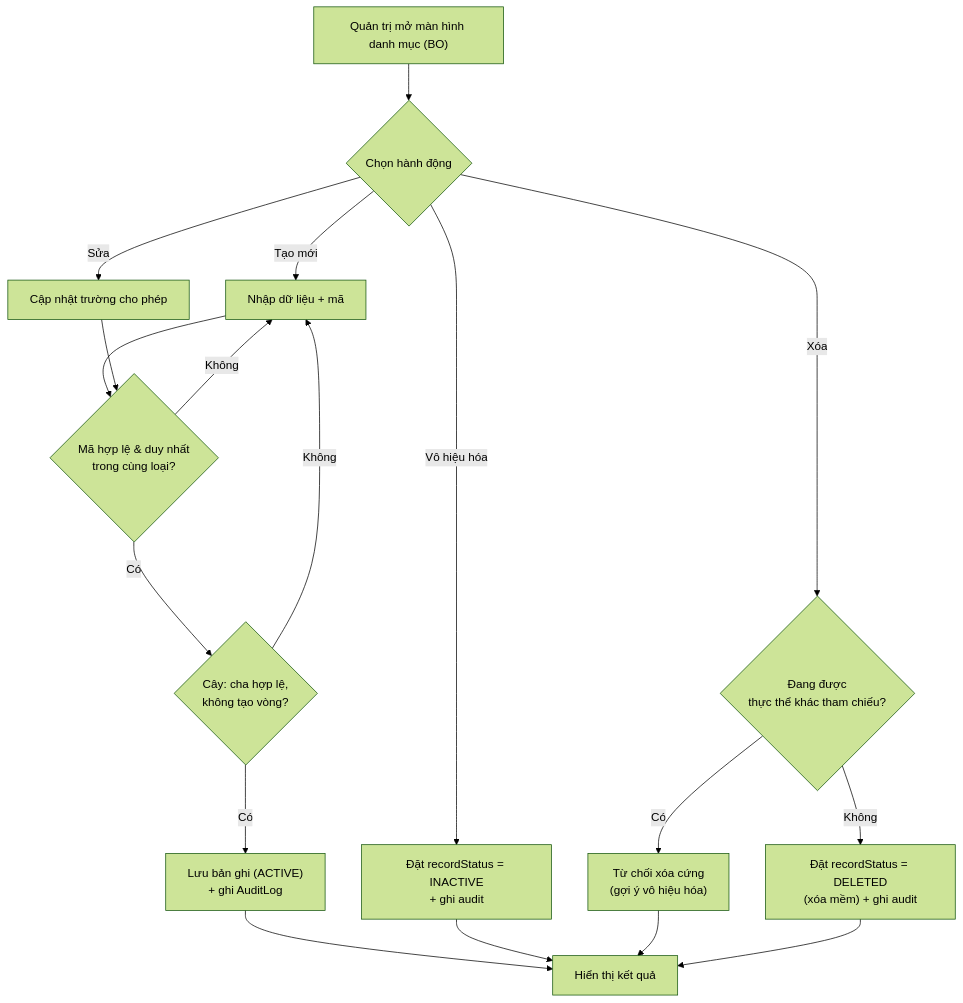
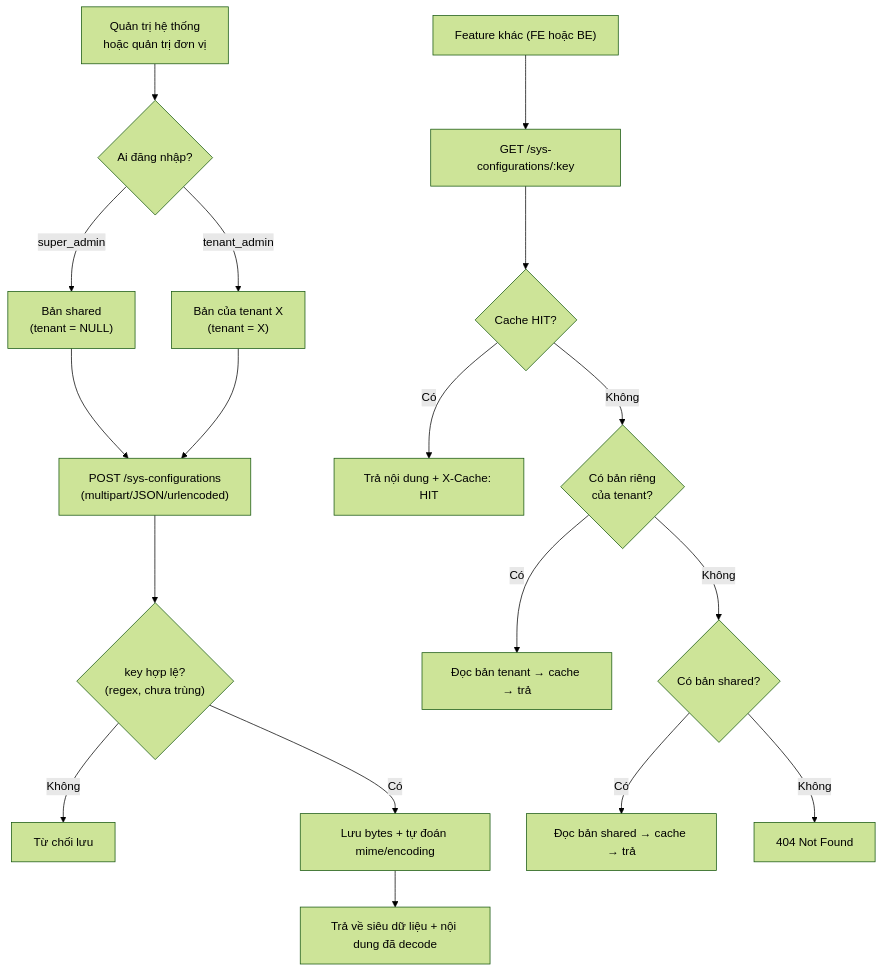
Before and after one commit to PTZero2026/rms-docs: the diagram in docs/features/B01-danh-muc-cau-hinh/spec.md, drawn with Mermaid (forest theme). The commit also changed other lines of this file, not shown here.

First line of the commit message:
docs(b01): rewrite v0.3 — narrow scope xuống sys-config-service

````diff
--- a/docs/features/B01-danh-muc-cau-hinh/spec.md
+++ b/docs/features/B01-danh-muc-cau-hinh/spec.md
@@ -67,20 +84,21 @@
 ```mermaid
 flowchart TD
-    A["Quản trị mở màn hình danh mục (BO)"] --> B{Chọn hành động}
-    B -->|Tạo mới| C["Nhập dữ liệu + mã"]
-    C --> D{Mã hợp lệ & duy nhất<br/>trong cùng loại?}
-    D -->|Không| C
-    D -->|Có| E{"Cây: cha hợp lệ,<br/>không tạo vòng?"}
-    E -->|Không| C
-    E -->|Có| F["Lưu bản ghi (ACTIVE)<br/>+ ghi AuditLog"]
-    B -->|Sửa| G["Cập nhật trường cho phép"]
-    G --> D
-    B -->|Vô hiệu hóa| H["Đặt recordStatus = INACTIVE<br/>+ ghi audit"]
-    B -->|Xóa| I{"Đang được<br/>thực thể khác tham chiếu?"}
-    I -->|Có| J["Từ chối xóa cứng<br/>(gợi ý vô hiệu hóa)"]
-    I -->|Không| K["Đặt recordStatus = DELETED<br/>(xóa mềm) + ghi audit"]
-    F --> Z["Hiển thị kết quả"]
-    H --> Z
-    J --> Z
-    K --> Z
+    A["Quản trị hệ thống<br/>hoặc quản trị đơn vị"] --> B{"Ai đăng nhập?"}
+    B -->|super_admin| C1["Bản shared<br/>(tenant = NULL)"]
+    B -->|tenant_admin| C2["Bản của tenant X<br/>(tenant = X)"]
+    C1 --> D["POST /sys-configurations<br/>(multipart/JSON/urlencoded)"]
+    C2 --> D
+    D --> E{"key hợp lệ?<br/>(regex, chưa trùng)"}
+    E -->|Không| E1["Từ chối lưu"]
+    E -->|Có| F["Lưu bytes + tự đoán mime/encoding"]
+    F --> G["Trả về siêu dữ liệu + nội dung đã decode"]
+
+    H["Feature khác (FE hoặc BE)"] --> I["GET /sys-configurations/:key"]
+    I --> J{"Cache HIT?"}
+    J -->|Có| K["Trả nội dung + X-Cache: HIT"]
+    J -->|Không| L{"Có bản riêng<br/>của tenant?"}
+    L -->|Có| M["Đọc bản tenant → cache → trả"]
+    L -->|Không| N{"Có bản shared?"}
+    N -->|Có| O["Đọc bản shared → cache → trả"]
+    N -->|Không| P["404 Not Found"]
 ```
````
